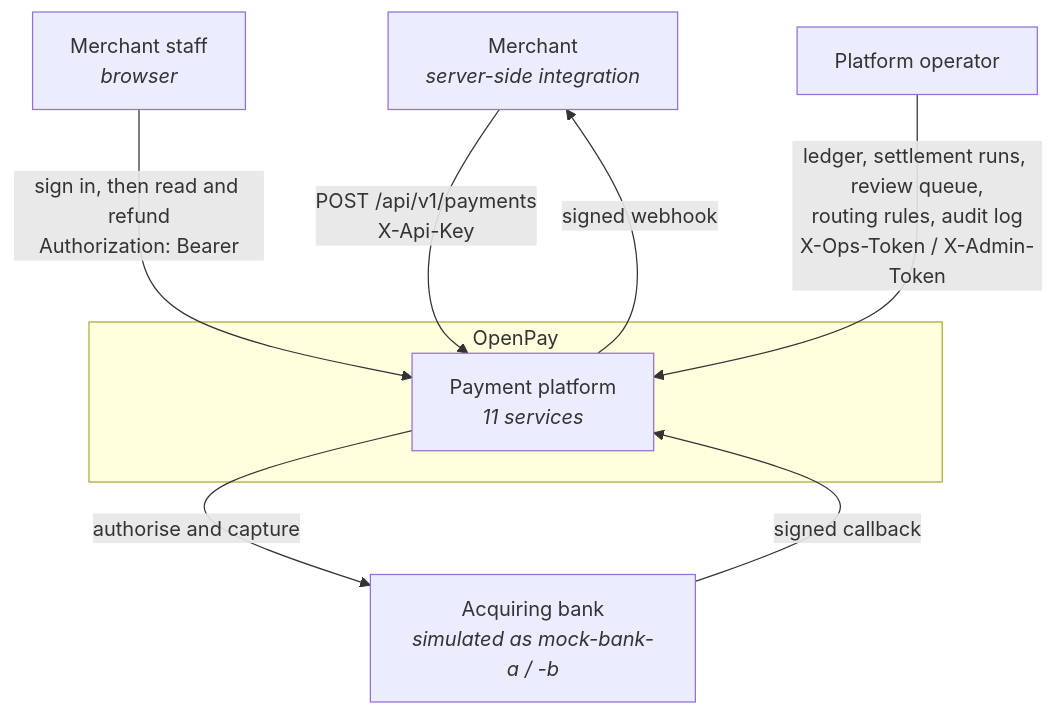
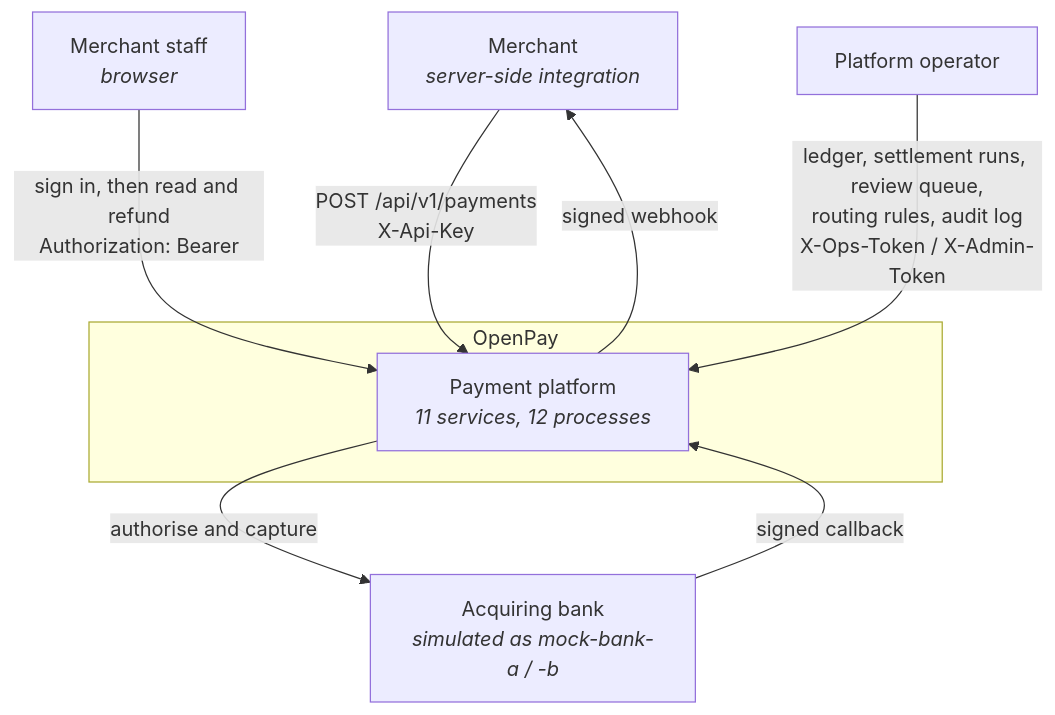
One commit to colin-110/openpay changed the diagram in docs/diagrams/system-context.md. Above: the diagram before and after it, drawn with Mermaid. The commit also changed 5 other files, not shown here.

````diff
--- a/docs/diagrams/system-context.md
+++ b/docs/diagrams/system-context.md
@@ -5,19 +5,19 @@
 ```mermaid
 flowchart TB
     merchant["Merchant<br/><i>server-side integration</i>"]
     person["Merchant staff<br/><i>browser</i>"]
     operator["Platform operator"]
     acquirer["Acquiring bank<br/><i>simulated as mock-bank-a / -b</i>"]
 
     subgraph openpay["OpenPay"]
-        platform["Payment platform<br/><i>11 services</i>"]
+        platform["Payment platform<br/><i>11 services, 12 processes</i>"]
     end
 
     merchant -->|"POST /api/v1/payments<br/>X-Api-Key"| platform
     person -->|"sign in, then read and refund<br/>Authorization: Bearer"| platform
     operator -->|"ledger, settlement runs, review queue,<br/>routing rules, audit log<br/>X-Ops-Token / X-Admin-Token"| platform
 
     platform -->|"authorise and capture"| acquirer
     acquirer -->|"signed callback"| platform
     platform -->|"signed webhook"| merchant
 ```
````
